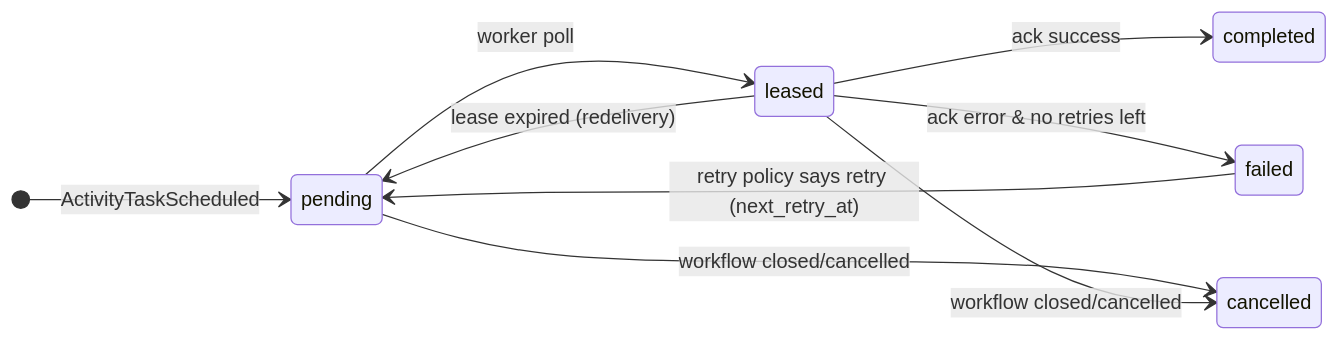
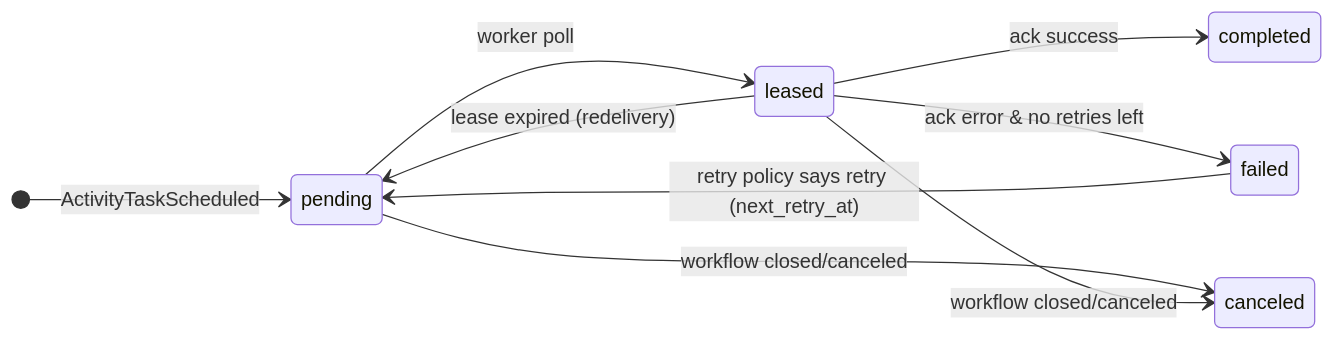
The fourth of 4 diagrams in docs/02-phase-1-system-design.md (harshal5-dev/tandav), drawn with Mermaid before and after one commit. The commit also changed other lines of this file and 3 other files, not shown here.

````diff
--- a/docs/02-phase-1-system-design.md
+++ b/docs/02-phase-1-system-design.md
@@ -316,12 +317,12 @@
 ```mermaid
 stateDiagram-v2
     direction LR
     [*] --> pending : ActivityTaskScheduled
     pending --> leased : worker poll
     leased --> completed : ack success
     leased --> failed : ack error & no retries left
     leased --> pending : lease expired (redelivery)
     failed --> pending : retry policy says retry (next_retry_at)
-    pending --> cancelled : workflow closed/cancelled
-    leased --> cancelled : workflow closed/cancelled
+    pending --> canceled : workflow closed/canceled
+    leased --> canceled : workflow closed/canceled
 ```
````
